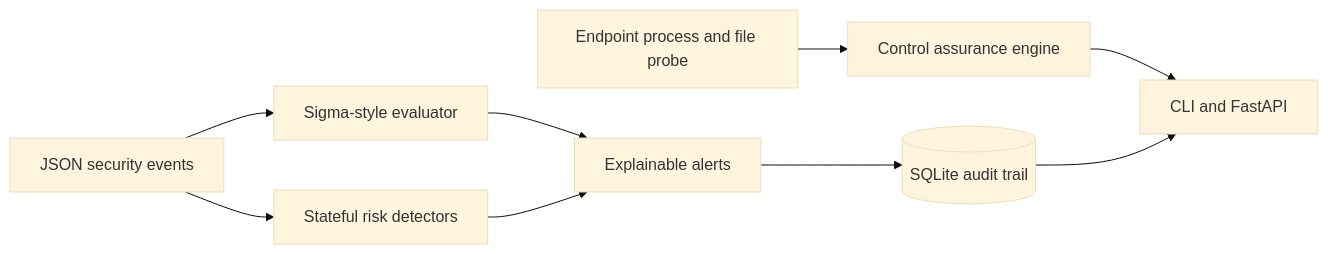
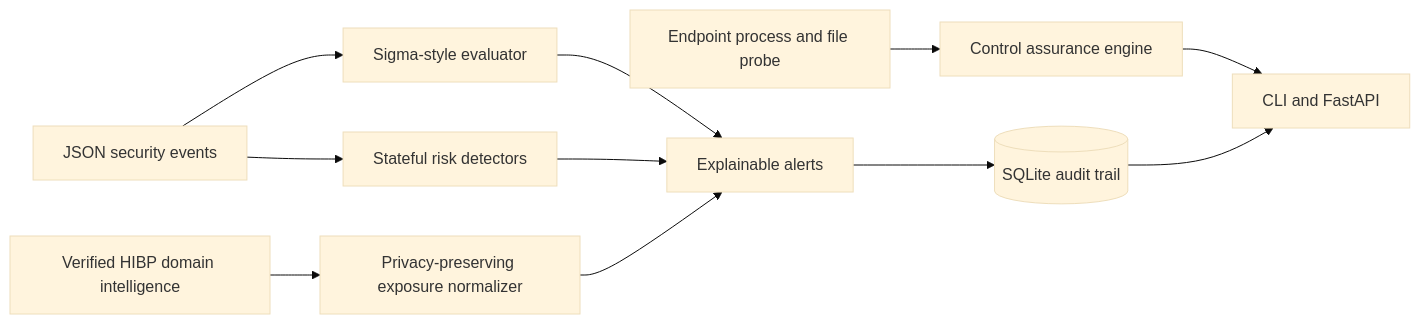
One commit to Chanikya5793/controlforge-security changed the diagram in README.md. Above: the diagram before and after it, drawn with Mermaid (base theme). The commit also changed other lines of this file and 8 other files, not shown here.

````diff
--- a/README.md
+++ b/README.md
@@ -20,11 +21,13 @@
 ```mermaid
 flowchart LR
     A[Endpoint process and file probe] --> B[Control assurance engine]
     C[JSON security events] --> D[Sigma-style evaluator]
     C --> E[Stateful risk detectors]
+    I[Verified HIBP domain intelligence] --> J[Privacy-preserving exposure normalizer]
     B --> F[CLI and FastAPI]
     D --> G[Explainable alerts]
     E --> G
+    J --> G
     G --> H[(SQLite audit trail)]
     H --> F
 ```
````
